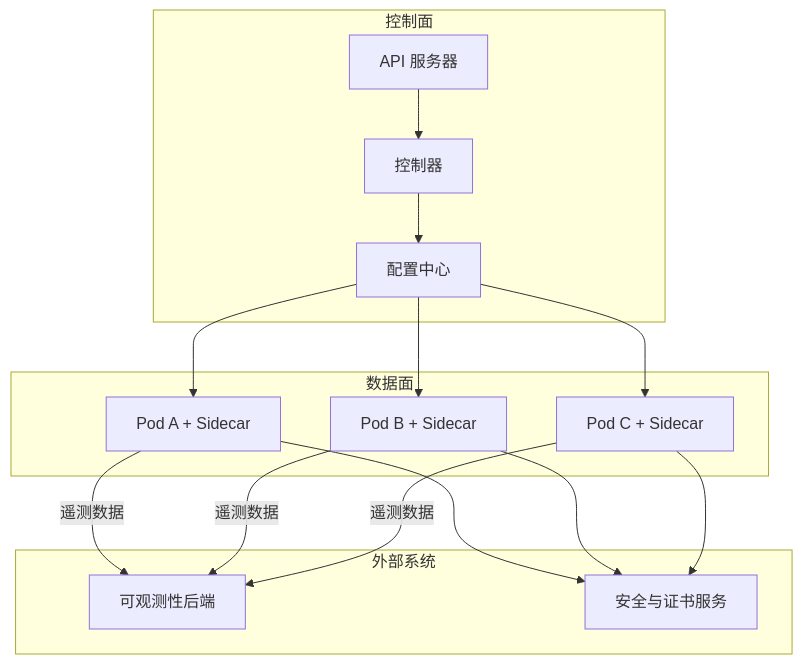
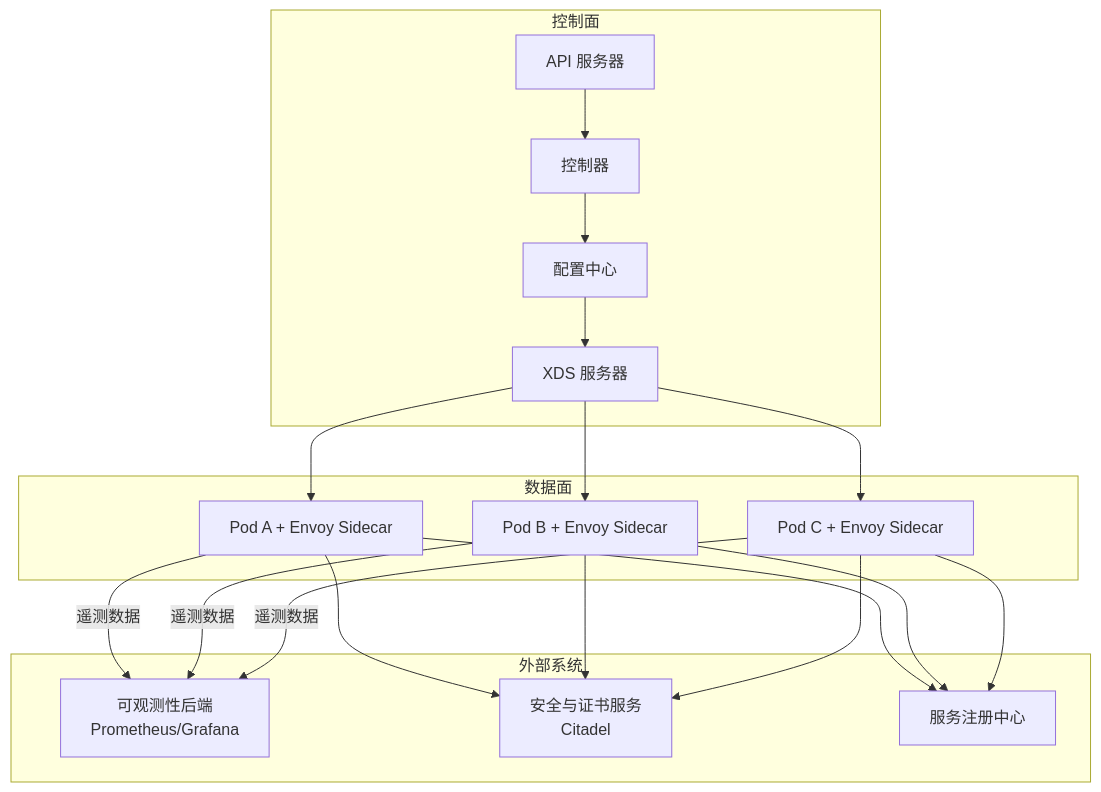
Before and after one commit to nianjiang/nianjiang.github.io: the second of 7 diagrams in .qoder/repowiki/zh/content/技术文档体系/Istio服务网格/Istio服务网格.md, drawn with Mermaid. The commit also changed other lines of this file and 21 other files, not shown here.

````diff
--- a/.qoder/repowiki/zh/content/技术文档体系/Istio服务网格/Istio服务网格.md
+++ b/.qoder/repowiki/zh/content/技术文档体系/Istio服务网格/Istio服务网格.md
@@ -68,28 +84,34 @@
 ```mermaid
 graph TB
 subgraph "控制面"
 CP_API["API 服务器"]
 CP_CTRL["控制器"]
 CP_CFG["配置中心"]
+CP_XDS["XDS 服务器"]
 end
 subgraph "数据面"
-DC_POD1["Pod A + Sidecar"]
-DC_POD2["Pod B + Sidecar"]
-DC_POD3["Pod C + Sidecar"]
+DC_POD1["Pod A + Envoy Sidecar"]
+DC_POD2["Pod B + Envoy Sidecar"]
+DC_POD3["Pod C + Envoy Sidecar"]
 end
 subgraph "外部系统"
-OBS["可观测性后端"]
-SEC["安全与证书服务"]
+OBS["可观测性后端<br/>Prometheus/Grafana"]
+SEC["安全与证书服务<br/>Citadel"]
+REG["服务注册中心"]
 end
 CP_API --> CP_CTRL
 CP_CTRL --> CP_CFG
-CP_CFG --> DC_POD1
-CP_CFG --> DC_POD2
-CP_CFG --> DC_POD3
+CP_CFG --> CP_XDS
+CP_XDS --> DC_POD1
+CP_XDS --> DC_POD2
+CP_XDS --> DC_POD3
 DC_POD1 --> |遥测数据| OBS
 DC_POD2 --> |遥测数据| OBS
 DC_POD3 --> |遥测数据| OBS
 DC_POD1 --> SEC
 DC_POD2 --> SEC
 DC_POD3 --> SEC
+DC_POD1 --> REG
+DC_POD2 --> REG
+DC_POD3 --> REG
 ```
````
